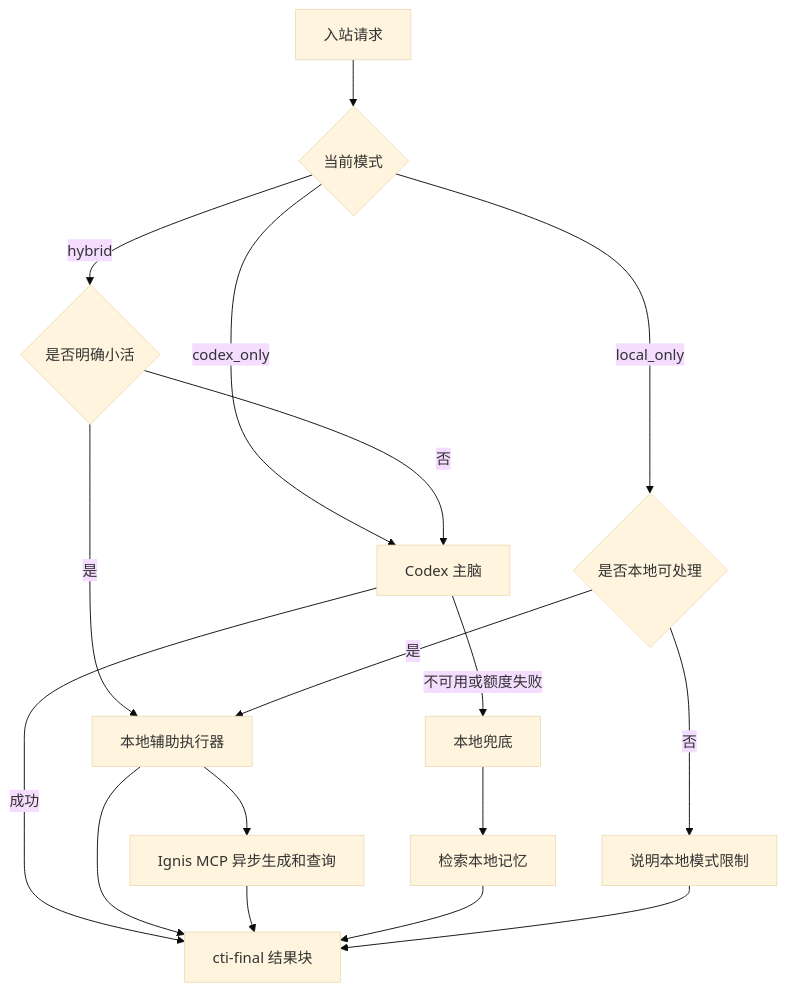
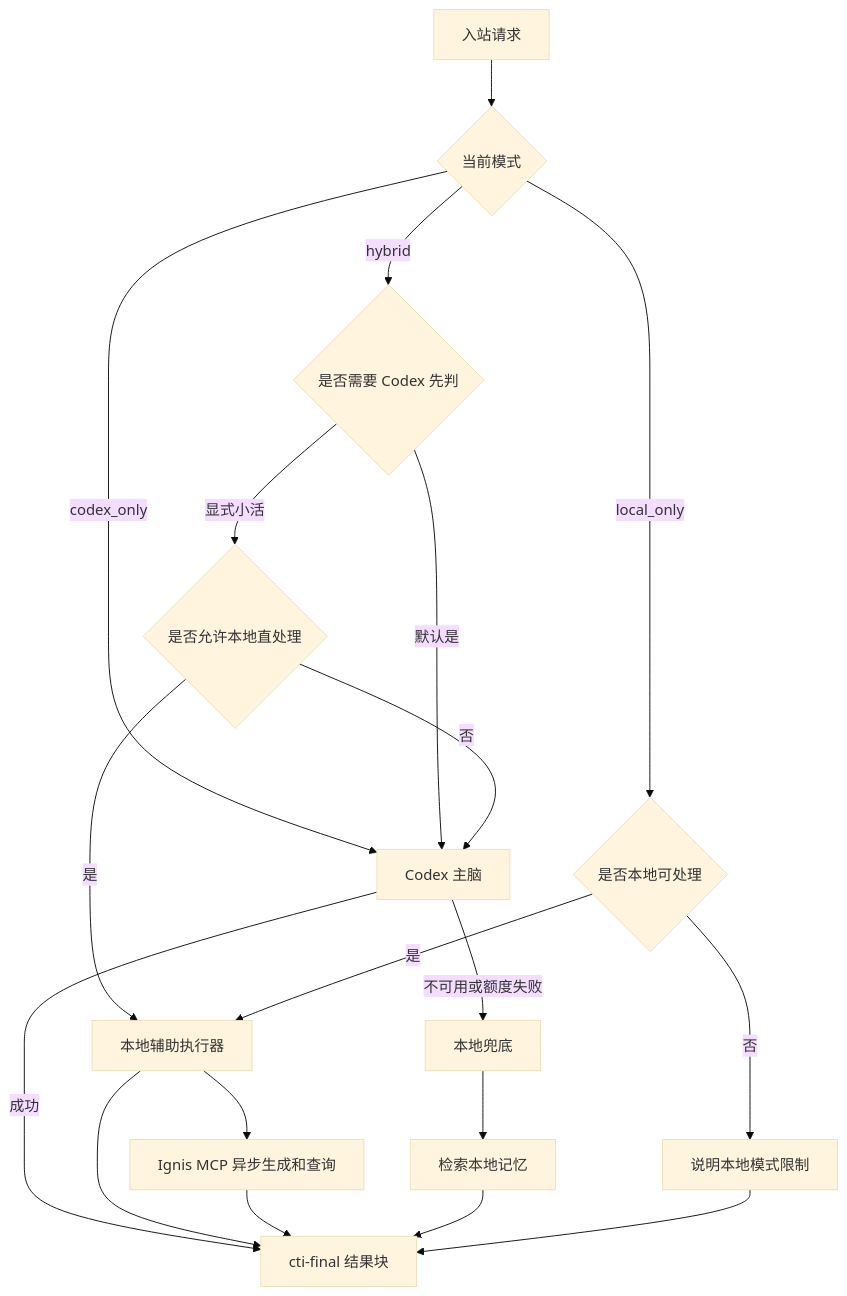
One commit to dddfuxi/codex-im-suite changed the fifth of 7 diagrams in docs/PROJECT-ARCHITECTURE.md. Above: the diagram before and after it, drawn with Mermaid (base theme). The commit also changed other lines of this file and 136 other files, not shown here.

````diff
--- a/docs/PROJECT-ARCHITECTURE.md
+++ b/docs/PROJECT-ARCHITECTURE.md
@@ -140,19 +206,21 @@
 ```mermaid
 flowchart TD
   Request[入站请求] --> Mode{当前模式}
   Mode -->|codex_only| Codex[Codex 主脑]
   Mode -->|local_only| LocalScope{是否本地可处理}
-  Mode -->|hybrid| ExplicitSmallTask{是否明确小活}
+  Mode -->|hybrid| CodexFirst{是否需要 Codex 先判}
+  CodexFirst -->|默认是| Codex
+  CodexFirst -->|显式小活| ExplicitSmallTask{是否允许本地直处理}
   ExplicitSmallTask -->|是| LocalAgent[本地辅助执行器]
   ExplicitSmallTask -->|否| Codex
   LocalScope -->|是| LocalAgent
   LocalScope -->|否| LocalLimit[说明本地模式限制]
   Codex -->|成功| FinalReply[cti-final 结果块]
   Codex -->|不可用或额度失败| LocalFallback[本地兜底]
   LocalAgent --> FinalReply
   LocalFallback --> MemoryRecall[检索本地记忆]
   LocalAgent --> IgnisFastPath[Ignis MCP 异步生成和查询]
   IgnisFastPath --> FinalReply
   MemoryRecall --> FinalReply
   LocalLimit --> FinalReply
 ```
````
